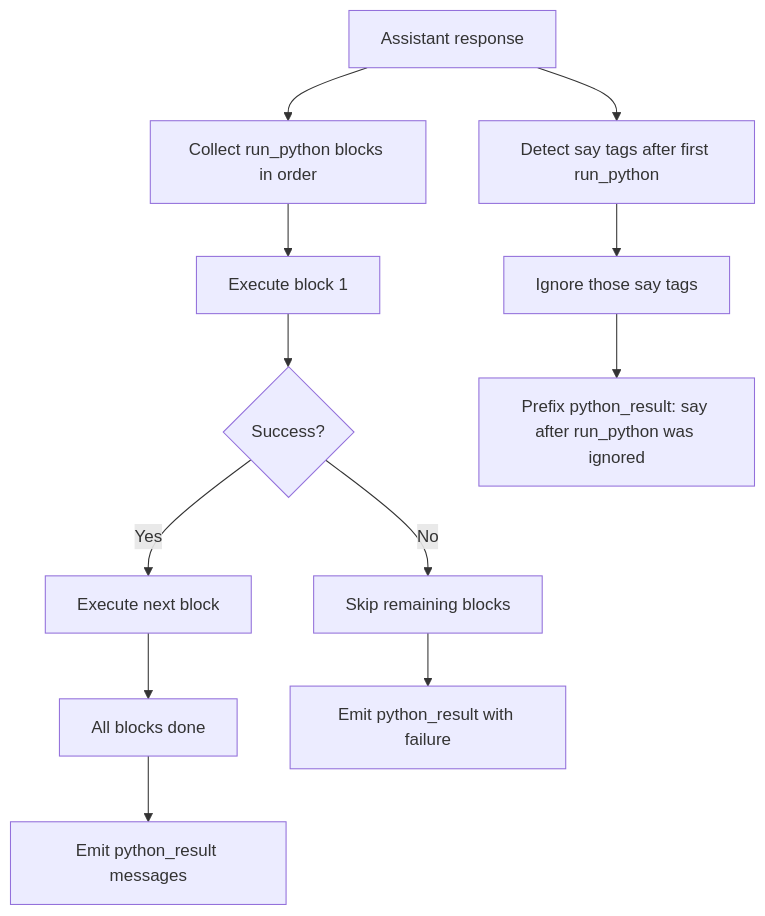
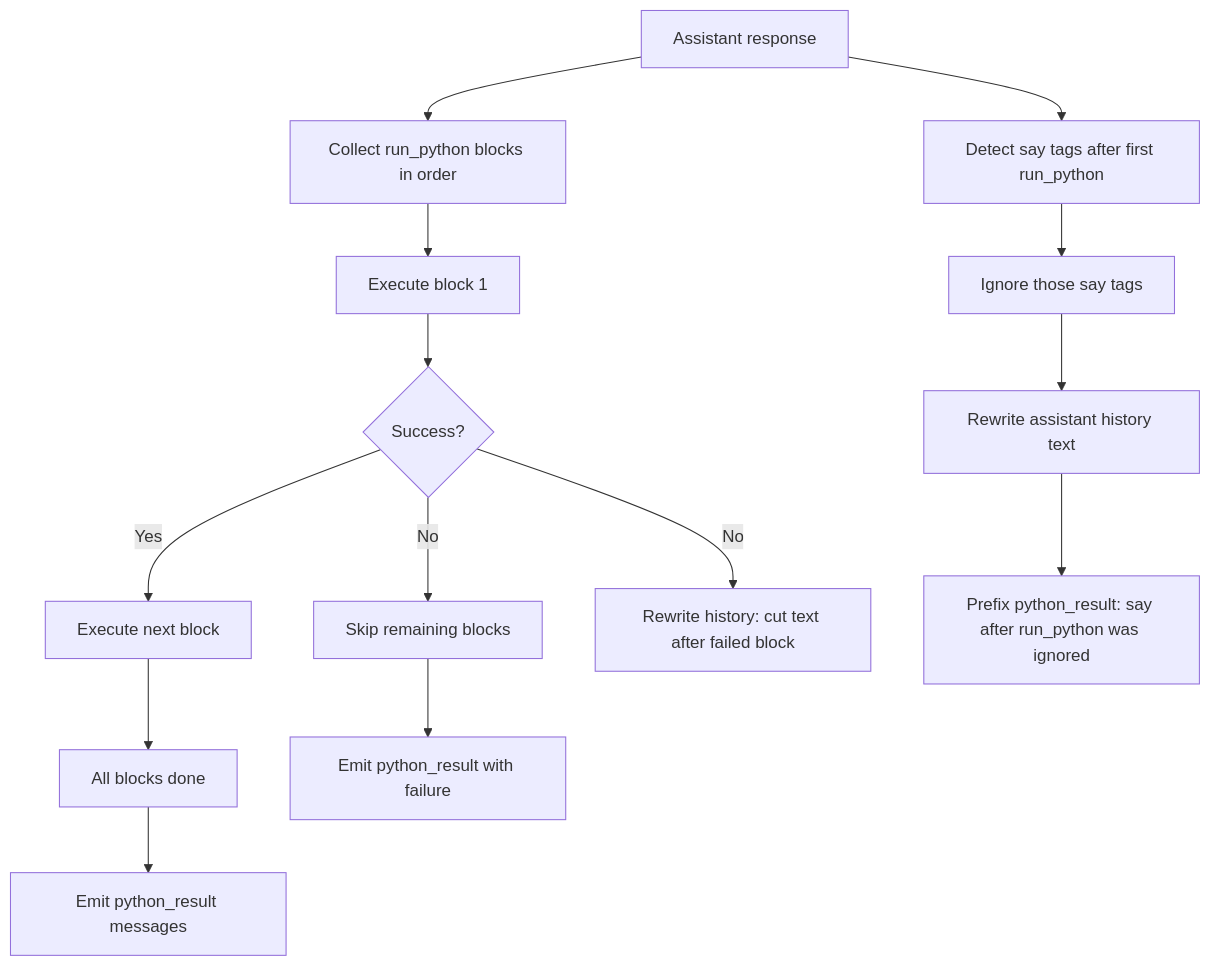
Before and after one commit to ex3ndr/daycare: the diagram in doc/internals/rlm-multiline-python.md, drawn with Mermaid. The commit also changed other lines of this file and 2 other files, not shown here.

Commit message:
feat(rlm): rewrite context history after inline execution

````diff
--- a/doc/internals/rlm-multiline-python.md
+++ b/doc/internals/rlm-multiline-python.md
@@ -14,14 +16,16 @@
 ```mermaid
 flowchart TD
   U[Assistant response] --> A[Collect run_python blocks in order]
   A --> B[Execute block 1]
   B --> C{Success?}
   C -- Yes --> D[Execute next block]
   C -- No --> E[Skip remaining blocks]
   D --> F[All blocks done]
   E --> G[Emit python_result with failure]
   F --> H[Emit python_result messages]
   U --> I[Detect say tags after first run_python]
   I --> J[Ignore those say tags]
-  J --> K[Prefix python_result: say after run_python was ignored]
+  J --> K[Rewrite assistant history text]
+  K --> L[Prefix python_result: say after run_python was ignored]
+  C -- No --> M[Rewrite history: cut text after failed block]
 ```
````
